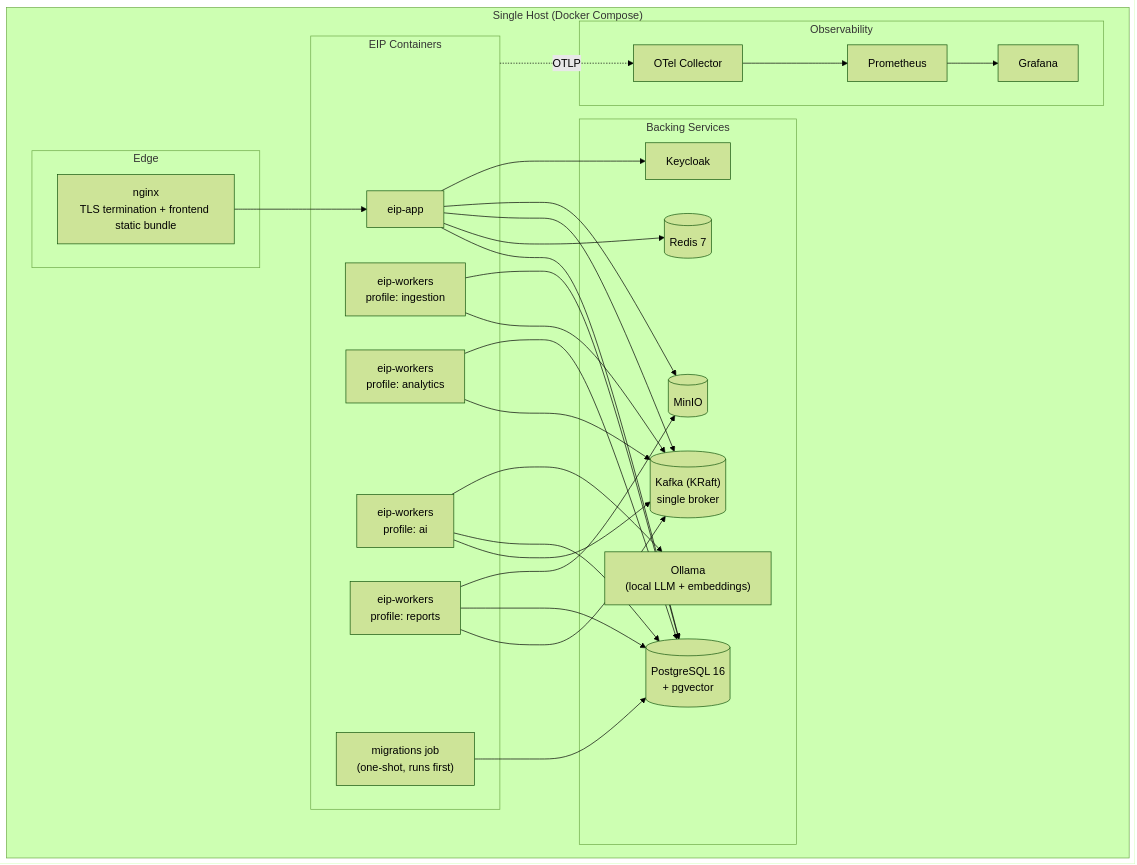
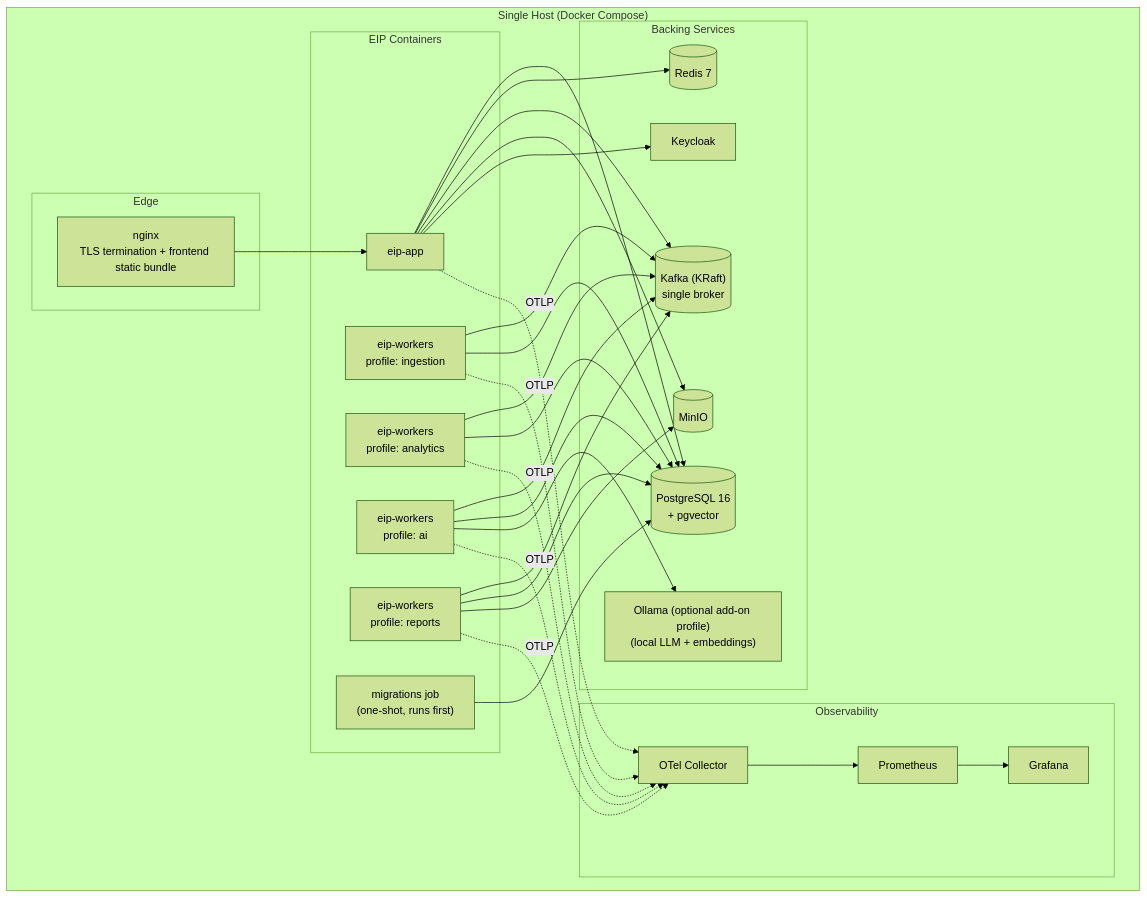
The first of 4 diagrams in docs/architecture/DeploymentModel.md (aliemrahpekesen/eKingProducitivtyMeter), drawn with Mermaid (forest theme) before and after one commit. The commit also changed other lines of this file and 81 other files, not shown here.

````diff
--- a/docs/architecture/DeploymentModel.md
+++ b/docs/architecture/DeploymentModel.md
@@ -29,37 +29,38 @@
 ```mermaid
 flowchart TB
     subgraph HOST["Single Host (Docker Compose)"]
         subgraph EDGE["Edge"]
             NGINX["nginx<br/>TLS termination + frontend static bundle"]
         end
         subgraph APPS["EIP Containers"]
             APP["eip-app"]
             WING["eip-workers<br/>profile: ingestion"]
             WANA["eip-workers<br/>profile: analytics"]
             WAI["eip-workers<br/>profile: ai"]
             WREP["eip-workers<br/>profile: reports"]
             MIG["migrations job<br/>(one-shot, runs first)"]
         end
         subgraph BACK["Backing Services"]
             PG[("PostgreSQL 16<br/>+ pgvector")]
             REDIS[("Redis 7")]
             KAFKA[("Kafka (KRaft)<br/>single broker")]
             MINIO[("MinIO")]
             KC["Keycloak"]
-            OLLAMA["Ollama<br/>(local LLM + embeddings)"]
+            OLLAMA["Ollama (optional add-on profile)<br/>(local LLM + embeddings)"]
         end
         subgraph OBS["Observability"]
             OTEL["OTel Collector"]
             PROM["Prometheus"]
             GRAF["Grafana"]
         end
     end
     NGINX --> APP
     APP --> PG & REDIS & KAFKA & MINIO & KC
     WING & WANA & WAI & WREP --> KAFKA
     WING & WANA & WAI & WREP --> PG
     WAI --> OLLAMA
     WREP --> MINIO
     MIG --> PG
-    APPS -. OTLP .-> OTEL --> PROM --> GRAF
+    APP & WING & WANA & WAI & WREP -. OTLP .-> OTEL
+    OTEL --> PROM --> GRAF
 ```
````
